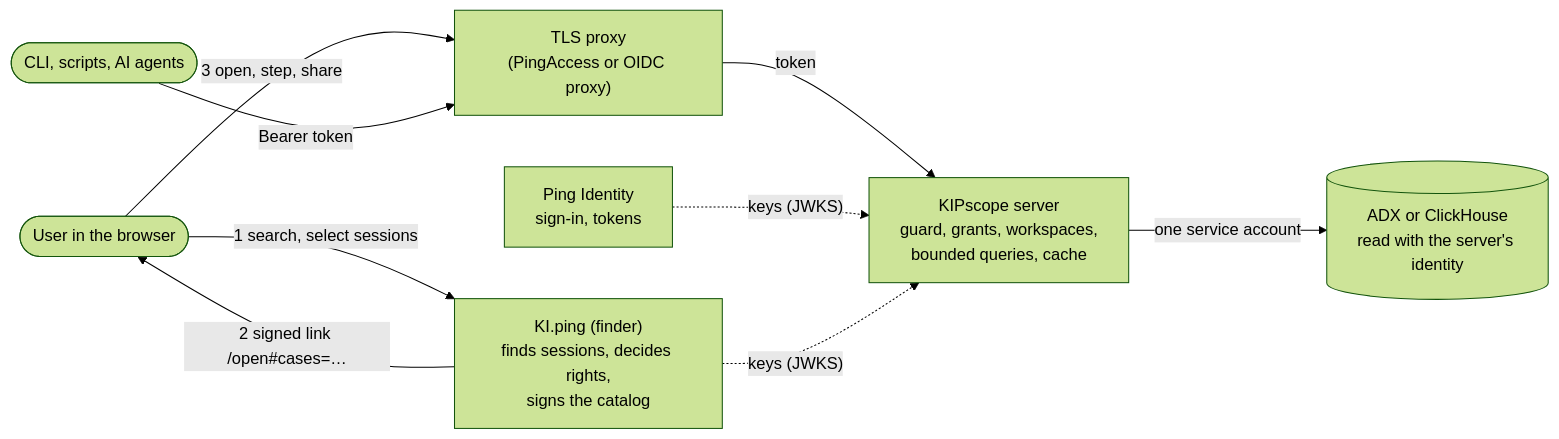
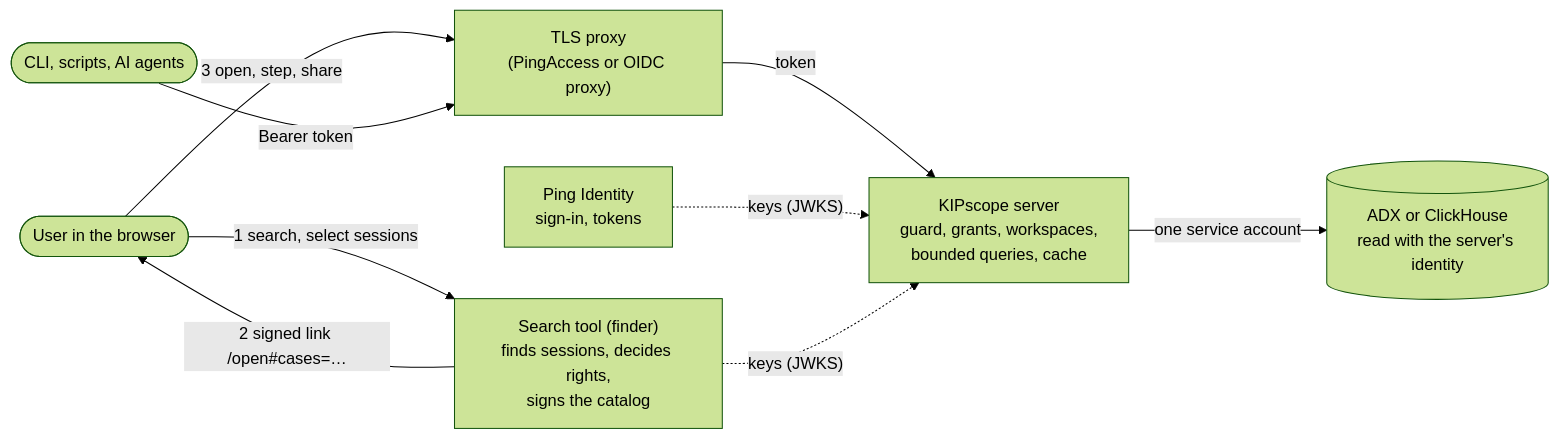
One commit to kipp-ing/KIPscope changed the diagram in docs/corporate.md. Above: the diagram before and after it, drawn with Mermaid (forest theme). The commit also changed other lines of this file and 45 other files, not shown here.

First line of the commit message:
The search tool is out of scope and not named (D-090): every mention replaced by "the search tool" in docs, specs, archive, UI texts, tests and fixtures; the exploration keeps only KIPscope's own findings; README, corporate.md and handoff.md say the search tool is not part of KIPscope

````diff
--- a/docs/corporate.md
+++ b/docs/corporate.md
@@ -7,19 +7,19 @@
 ```mermaid
 flowchart LR
   user([User in the browser])
-  finder["KI.ping (finder)<br/>finds sessions, decides rights,<br/>signs the catalog"]
+  finder["Search tool (finder)<br/>finds sessions, decides rights,<br/>signs the catalog"]
   ping["Ping Identity<br/>sign-in, tokens"]
   proxy["TLS proxy<br/>(PingAccess or OIDC proxy)"]
   scope["KIPscope server<br/>guard, grants, workspaces,<br/>bounded queries, cache"]
   adx[("ADX or ClickHouse<br/>read with the server's identity")]
   cli([CLI, scripts, AI agents])
 
   user -- "1 search, select sessions" --> finder
   finder -- "2 signed link /open#cases=…" --> user
   user -- "3 open, step, share" --> proxy
   cli -- "Bearer token" --> proxy
   proxy -- "token" --> scope
   ping -. "keys (JWKS)" .-> scope
   finder -. "keys (JWKS)" .-> scope
   scope -- "one service account" --> adx
 ```
````
